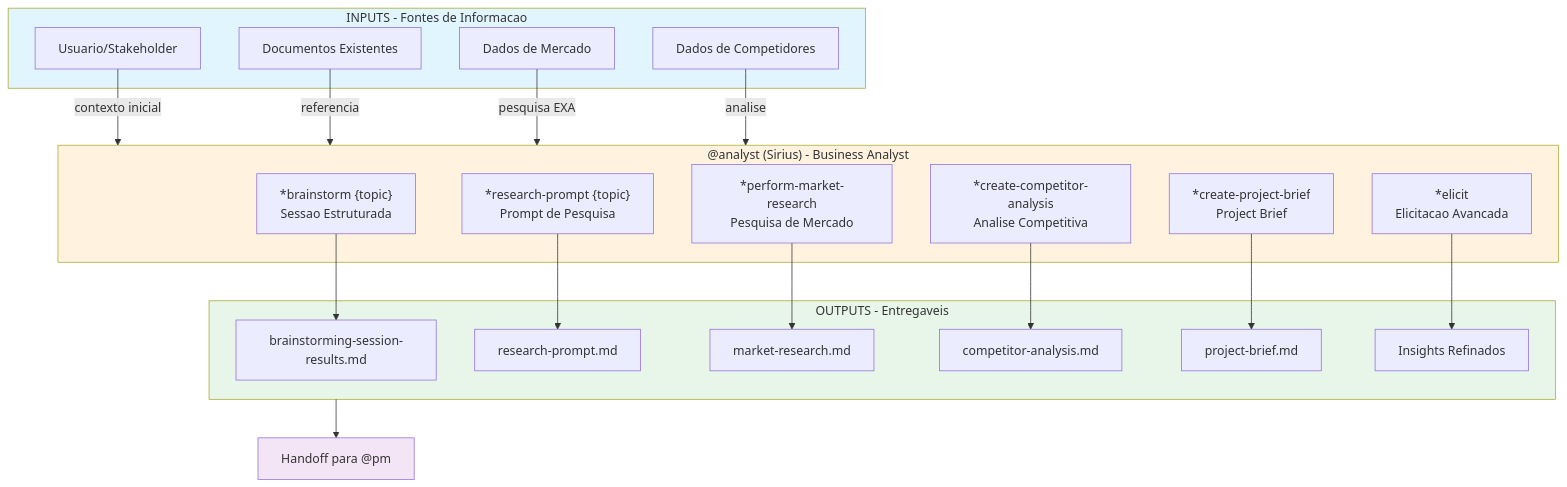
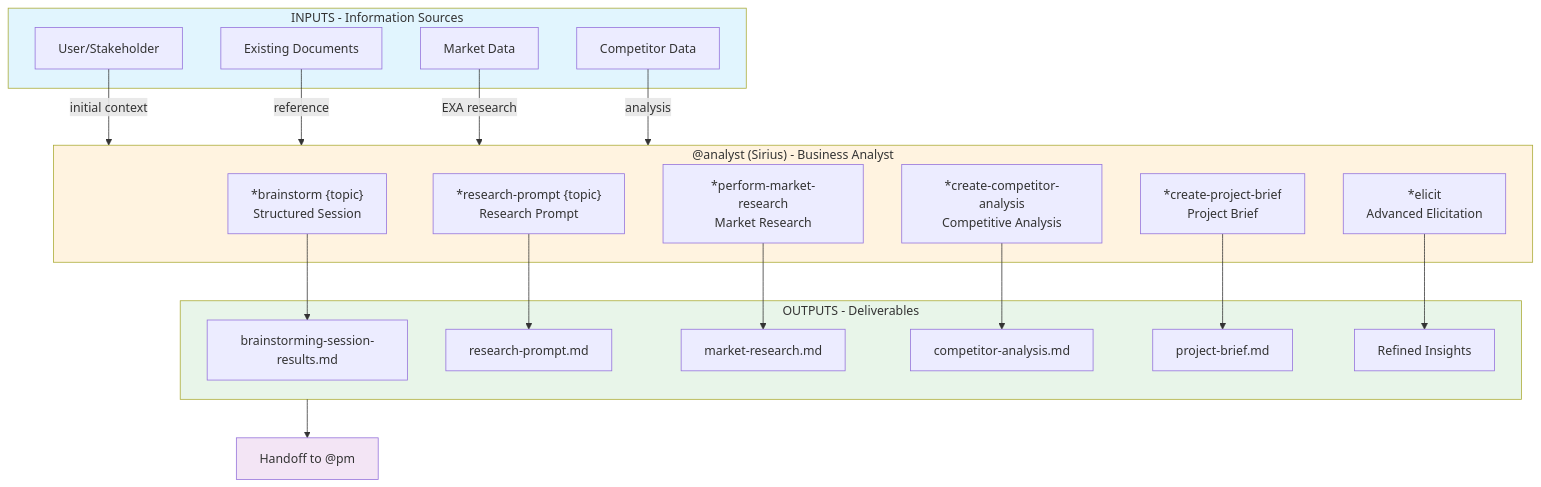
One commit to CyryxLabs/AEXOS changed the first of 5 diagrams in docs/aexos-agent-flows/analyst-system.md. Above: the diagram before and after it, drawn with Mermaid. The commit also changed other lines of this file and 528 other files, not shown here.

````diff
--- a/docs/aexos-agent-flows/analyst-system.md
+++ b/docs/aexos-agent-flows/analyst-system.md
@@ -110,46 +110,46 @@
 ```mermaid
 flowchart TB
-    subgraph INPUTS["INPUTS - Fontes de Informacao"]
-        USER["Usuario/Stakeholder"]
-        DOCS["Documentos Existentes"]
-        MARKET["Dados de Mercado"]
-        COMPETITORS["Dados de Competidores"]
+    subgraph INPUTS["INPUTS - Information Sources"]
+        USER["User/Stakeholder"]
+        DOCS["Existing Documents"]
+        MARKET["Market Data"]
+        COMPETITORS["Competitor Data"]
     end
 
-    USER -->|"contexto inicial"| ANALYST
-    DOCS -->|"referencia"| ANALYST
-    MARKET -->|"pesquisa EXA"| ANALYST
-    COMPETITORS -->|"analise"| ANALYST
+    USER -->|"initial context"| ANALYST
+    DOCS -->|"reference"| ANALYST
+    MARKET -->|"EXA research"| ANALYST
+    COMPETITORS -->|"analysis"| ANALYST
 
     subgraph ANALYST["@analyst (Sirius) - Business Analyst"]
-        BRAINSTORM["*brainstorm {topic}<br/>Sessao Estruturada"]
-        RESEARCH["*research-prompt {topic}<br/>Prompt de Pesquisa"]
-        MARKET_RES["*perform-market-research<br/>Pesquisa de Mercado"]
-        COMPETITOR["*create-competitor-analysis<br/>Analise Competitiva"]
+        BRAINSTORM["*brainstorm {topic}<br/>Structured Session"]
+        RESEARCH["*research-prompt {topic}<br/>Research Prompt"]
+        MARKET_RES["*perform-market-research<br/>Market Research"]
+        COMPETITOR["*create-competitor-analysis<br/>Competitive Analysis"]
         BRIEF["*create-project-brief<br/>Project Brief"]
-        ELICIT["*elicit<br/>Elicitacao Avancada"]
+        ELICIT["*elicit<br/>Advanced Elicitation"]
     end
 
     BRAINSTORM --> OUTPUT_BRAIN["brainstorming-session-results.md"]
     RESEARCH --> OUTPUT_PROMPT["research-prompt.md"]
     MARKET_RES --> OUTPUT_MARKET["market-research.md"]
     COMPETITOR --> OUTPUT_COMP["competitor-analysis.md"]
     BRIEF --> OUTPUT_BRIEF["project-brief.md"]
-    ELICIT --> OUTPUT_ELICIT["Insights Refinados"]
+    ELICIT --> OUTPUT_ELICIT["Refined Insights"]
 
-    subgraph OUTPUTS["OUTPUTS - Entregaveis"]
+    subgraph OUTPUTS["OUTPUTS - Deliverables"]
         OUTPUT_BRAIN
         OUTPUT_PROMPT
         OUTPUT_MARKET
         OUTPUT_COMP
         OUTPUT_BRIEF
         OUTPUT_ELICIT
     end
 
-    OUTPUTS --> HANDOFF["Handoff para @pm"]
+    OUTPUTS --> HANDOFF["Handoff to @pm"]
 
     style INPUTS fill:#e1f5fe
     style ANALYST fill:#fff3e0
     style OUTPUTS fill:#e8f5e9
     style HANDOFF fill:#f3e5f5
 ```
````
